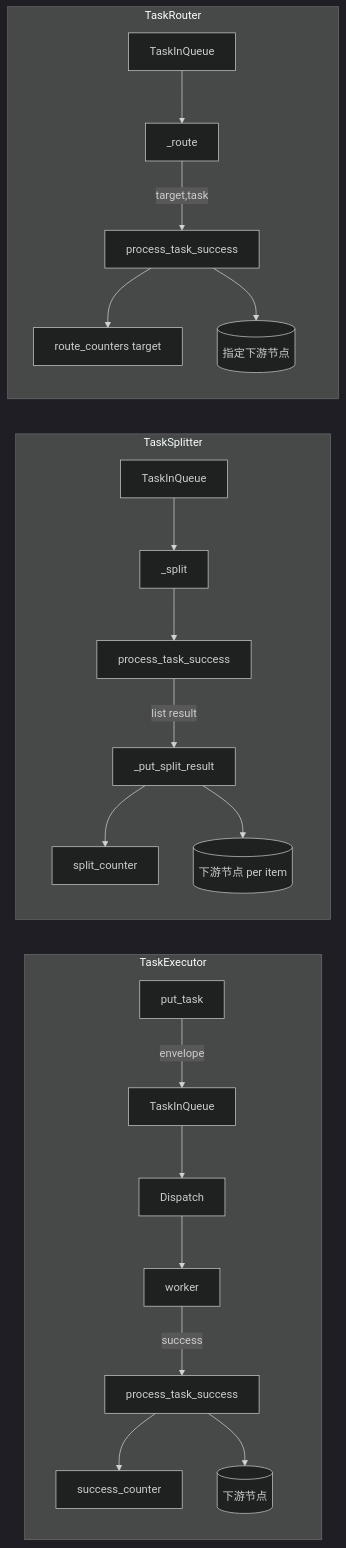
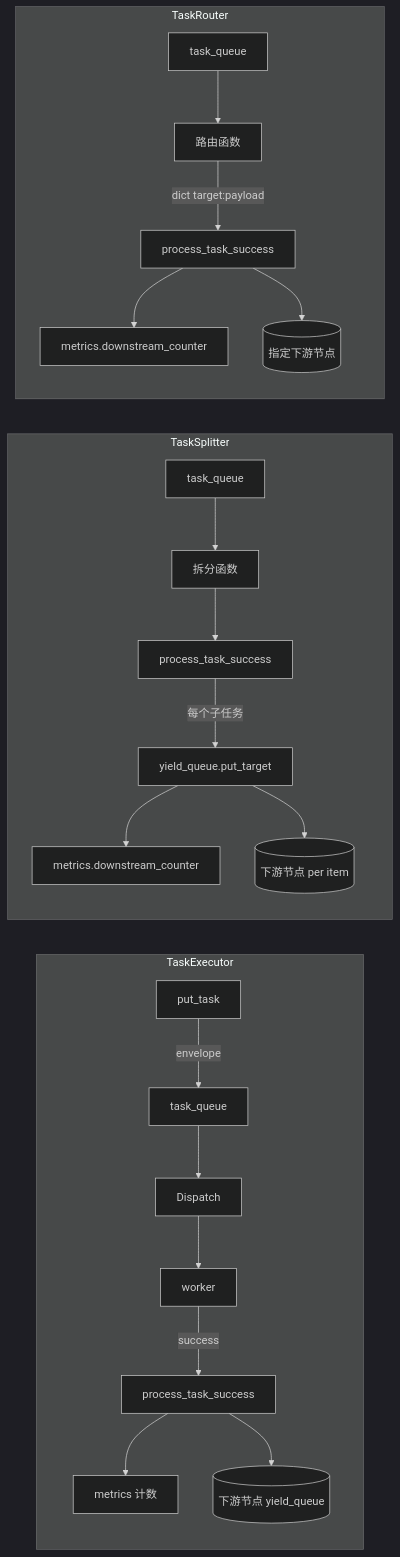
Before and after one commit to Mr-xiaotian/CelestialFlow: the diagram in docs/zh-CN/tests/node/test_nodes.md, drawn with Mermaid (dark theme). The commit also changed other lines of this file and 100 other files, not shown here.

````diff
--- a/docs/zh-CN/tests/node/test_nodes.md
+++ b/docs/zh-CN/tests/node/test_nodes.md
@@ -64,26 +63,26 @@
 ```mermaid
 flowchart LR
     subgraph "TaskExecutor"
-        PutTask[put_task] -->|envelope| Q[TaskInQueue]
+        PutTask[put_task] -->|envelope| Q[task_queue]
         Q --> D[Dispatch]
         D --> W[worker]
         W -->|success| SP[process_task_success]
-        SP --> Counter[success_counter]
-        SP --> Downstream[(下游节点)]
+        SP --> Counter[metrics 计数]
+        SP --> Downstream[(下游节点 yield_queue)]
     end
 
     subgraph "TaskSplitter"
-        Q2[TaskInQueue] --> DS[_split]
+        Q2[task_queue] --> DS[拆分函数]
         DS --> PSR[process_task_success]
-        PSR -->|list result| PSR_put[_put_split_result]
-        PSR_put --> SC[split_counter]
+        PSR -->|每个子任务| PSR_put[yield_queue.put_target]
+        PSR_put --> SC[metrics.downstream_counter]
         PSR_put --> Down2[(下游节点 per item)]
     end
 
     subgraph "TaskRouter"
-        Q3[TaskInQueue] --> DR[_route]
-        DR -->|target,task| PR[process_task_success]
-        PR --> RC[route_counters target]
+        Q3[task_queue] --> DR[路由函数]
+        DR -->|dict target:payload| PR[process_task_success]
+        PR --> RC[metrics.downstream_counter]
         PR --> Down3[(指定下游节点)]
     end
 ```
````
